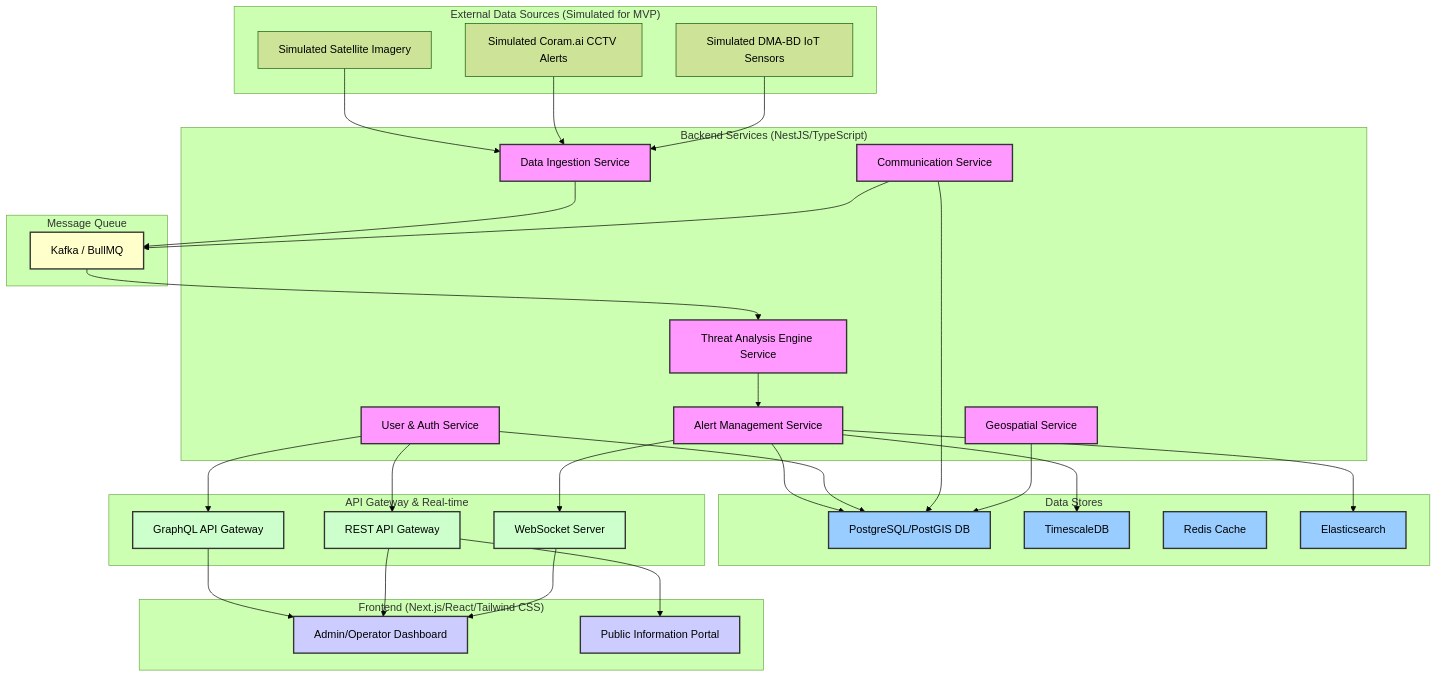
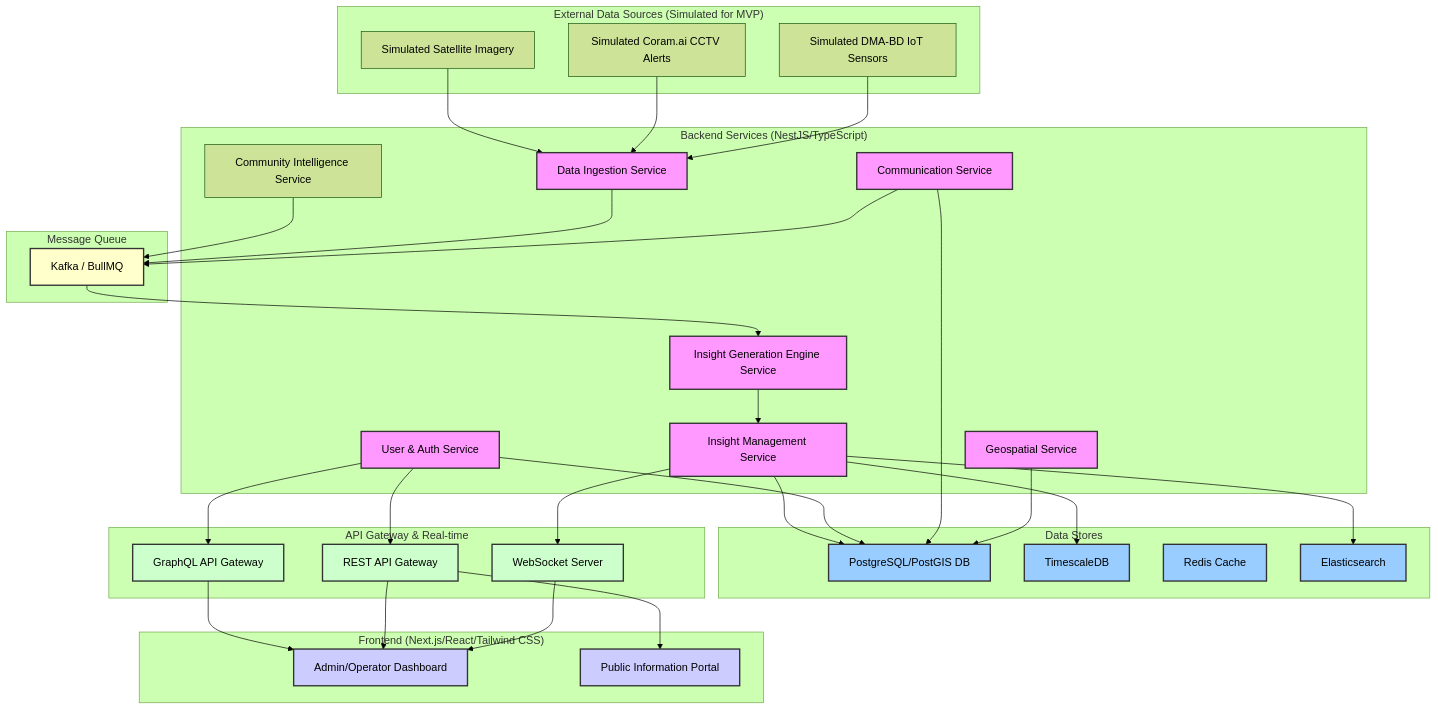
One commit to ijdoe/camsur-bmad changed the diagram in docs/03-architecture/system-architecture/technical-specification.md. Above: the diagram before and after it, drawn with Mermaid (forest theme). The commit also changed other lines of this file and 11 other files, not shown here.

```diff
--- a/docs/03-architecture/system-architecture/technical-specification.md
+++ b/docs/03-architecture/system-architecture/technical-specification.md
@@ -28,11 +28,12 @@
 
     subgraph "Backend Services (NestJS/TypeScript)"
         D[Data Ingestion Service]
-        E[Threat Analysis Engine Service]
-        F[Alert Management Service]
+        E[Insight Generation Engine Service]
+        F[Insight Management Service]
         G[User & Auth Service]
         H[Communication Service]
         I[Geospatial Service]
+        CIM[Community Intelligence Service]
     end
 
     subgraph "Data Stores"
@@ -41,6 +42,8 @@
         L[Redis Cache]
         M[Elasticsearch]
     end
+
+    CIM --> S
 
     subgraph "Frontend (Next.js/React/Tailwind CSS)"
         N[Admin/Operator Dashboard]
```
